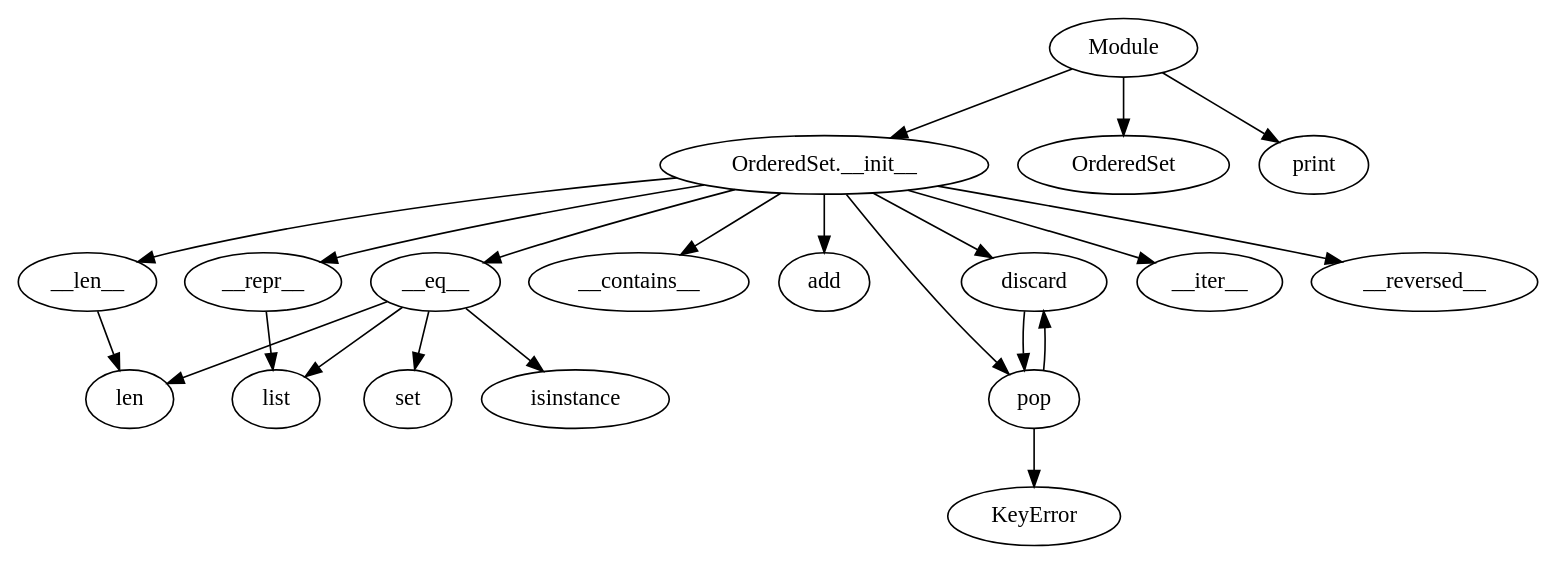
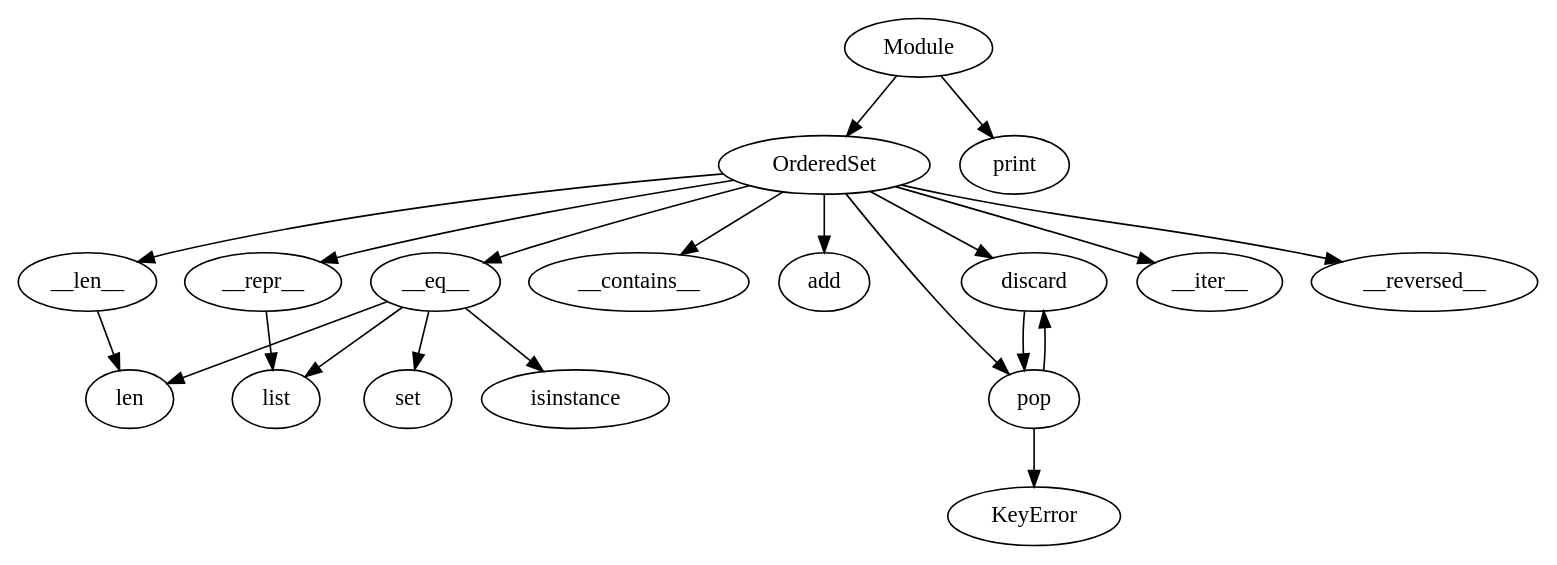
One commit to JordanCoyne97/Final_Year_Project changed the diagram in CallGraph_dots/OrderedSet.dot. Above: the diagram before and after it, drawn with Graphviz. The commit also changed 79 other files, not shown here.

```diff
--- a/CallGraph_dots/OrderedSet.dot
+++ b/CallGraph_dots/OrderedSet.dot
@@ -1,41 +1,39 @@
 strict digraph  {
 __len__;
 len;
 __contains__;
 add;
 discard;
 pop;
 __iter__;
 __reversed__;
 KeyError;
 __repr__;
 list;
 __eq__;
 isinstance;
 set;
 Module;
-"OrderedSet.__init__";
 OrderedSet;
 print;
 __len__ -> len;
 discard -> pop;
 pop -> KeyError;
 pop -> discard;
 __repr__ -> list;
 __eq__ -> isinstance;
 __eq__ -> len;
 __eq__ -> list;
 __eq__ -> set;
-Module -> "OrderedSet.__init__";
 Module -> OrderedSet;
 Module -> print;
-"OrderedSet.__init__" -> __len__;
-"OrderedSet.__init__" -> __contains__;
-"OrderedSet.__init__" -> add;
-"OrderedSet.__init__" -> discard;
-"OrderedSet.__init__" -> __iter__;
-"OrderedSet.__init__" -> __reversed__;
-"OrderedSet.__init__" -> pop;
-"OrderedSet.__init__" -> __repr__;
-"OrderedSet.__init__" -> __eq__;
+OrderedSet -> __len__;
+OrderedSet -> __contains__;
+OrderedSet -> add;
+OrderedSet -> discard;
+OrderedSet -> __iter__;
+OrderedSet -> __reversed__;
+OrderedSet -> pop;
+OrderedSet -> __repr__;
+OrderedSet -> __eq__;
 }
```
